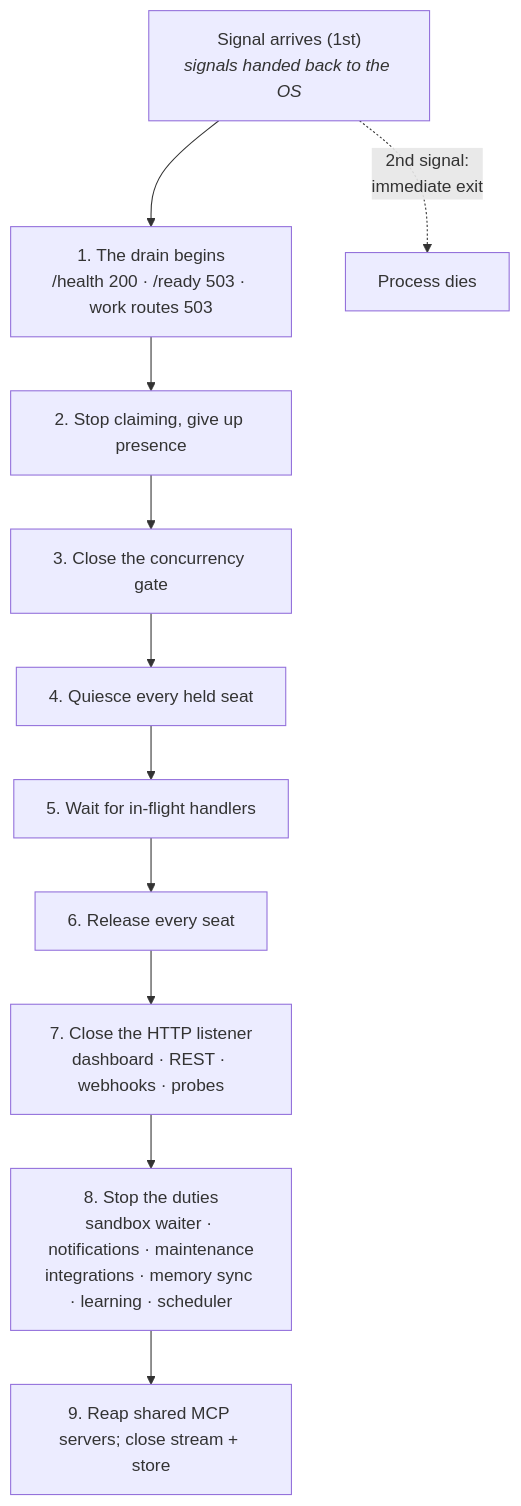
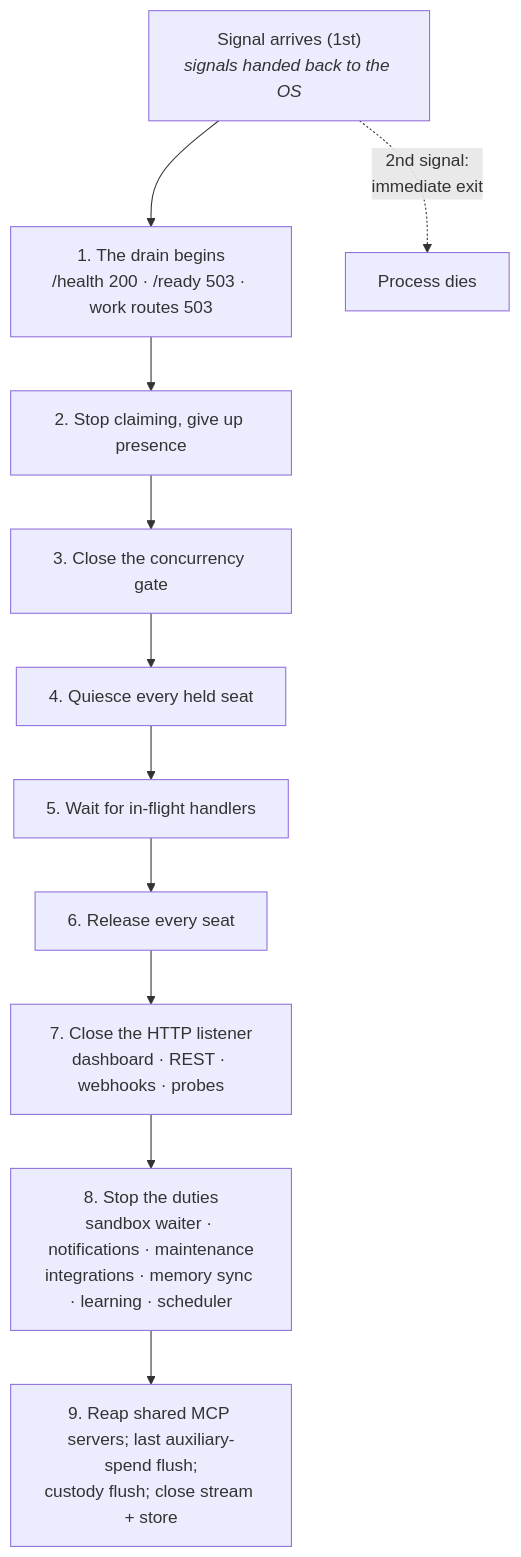
One commit to crewlet/crewlet changed the fifth of 5 diagrams in docs/concepts/agent-runtime.md. Above: the diagram before and after it, drawn with Mermaid. The commit also changed other lines of this file and 5 other files, not shown here.

````diff
--- a/docs/concepts/agent-runtime.md
+++ b/docs/concepts/agent-runtime.md
@@ -425,14 +425,14 @@
 ```mermaid
 flowchart TD
     SIG["Signal arrives (1st)<br/><i>signals handed back to the OS</i>"] --> S1
     S1["1. The drain begins<br/>/health 200 · /ready 503 · work routes 503"] --> S2
     S2["2. Stop claiming, give up presence"] --> S3
     S3["3. Close the concurrency gate"] --> S4
     S4["4. Quiesce every held seat"] --> S5
     S5["5. Wait for in-flight handlers"] --> S6
     S6["6. Release every seat"] --> S7
     S7["7. Close the HTTP listener<br/>dashboard · REST · webhooks · probes"] --> S8
     S8["8. Stop the duties<br/>sandbox waiter · notifications · maintenance<br/>integrations · memory sync · learning · scheduler"] --> S9
-    S9["9. Reap shared MCP servers; close stream + store"]
+    S9["9. Reap shared MCP servers; last auxiliary-spend flush;<br/>custody flush; close stream + store"]
     SIG -.->|"2nd signal:<br/>immediate exit"| X["Process dies"]
 ```
````
